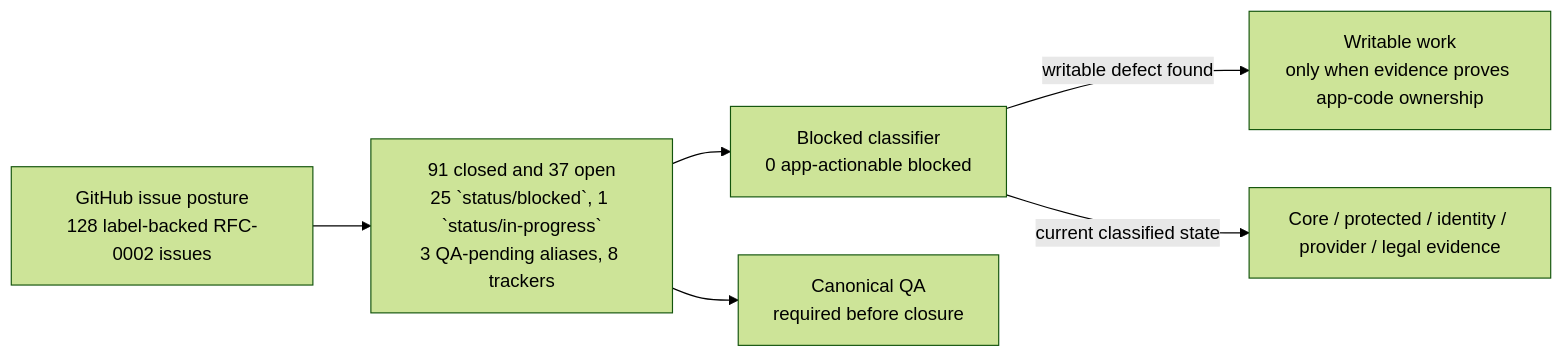
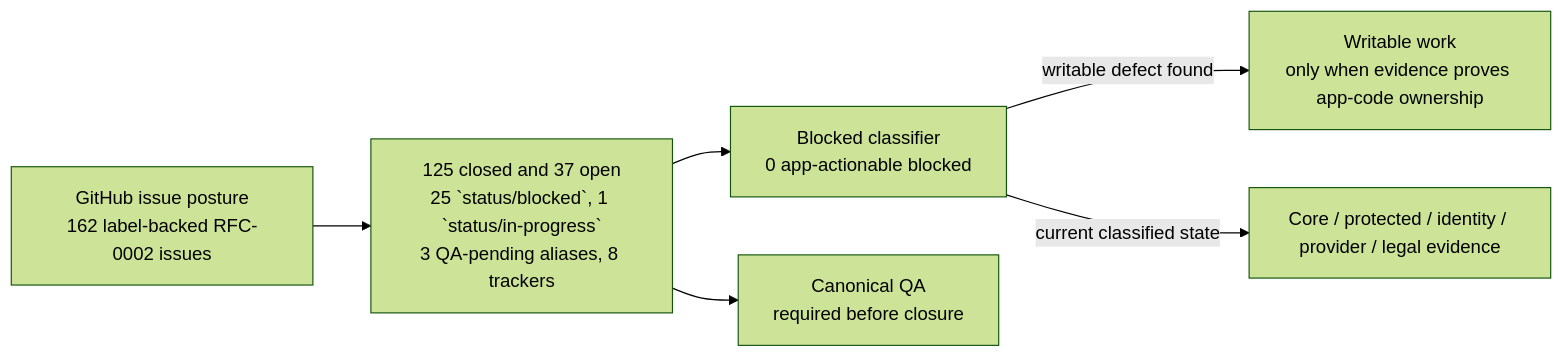
The first of 2 diagrams in wiki/RFC-0002-Execution-Status.md (sgajbi/lotus-idea), drawn with Mermaid (forest theme) before and after one commit. The commit also changed other lines of this file and 10 other files, not shown here.

````diff
--- a/wiki/RFC-0002-Execution-Status.md
+++ b/wiki/RFC-0002-Execution-Status.md
@@ -39,15 +39,15 @@
 ```mermaid
 flowchart LR
-    Issues["GitHub issue posture<br/>128 label-backed RFC-0002 issues"]
-    Open["91 closed and 37 open<br/>25 `status/blocked`, 1 `status/in-progress`<br/>3 QA-pending aliases, 8 trackers"]
+    Issues["GitHub issue posture<br/>162 label-backed RFC-0002 issues"]
+    Open["125 closed and 37 open<br/>25 `status/blocked`, 1 `status/in-progress`<br/>3 QA-pending aliases, 8 trackers"]
     Blocked["Blocked classifier<br/>0 app-actionable blocked"]
     Work["Writable work<br/>only when evidence proves app-code ownership"]
     External["Core / protected / identity / provider / legal evidence"]
     QA["Canonical QA<br/>required before closure"]
 
     Issues --> Open
     Open --> Blocked
     Blocked -->|"writable defect found"| Work
     Blocked -->|"current classified state"| External
     Open --> QA
 ```
````
